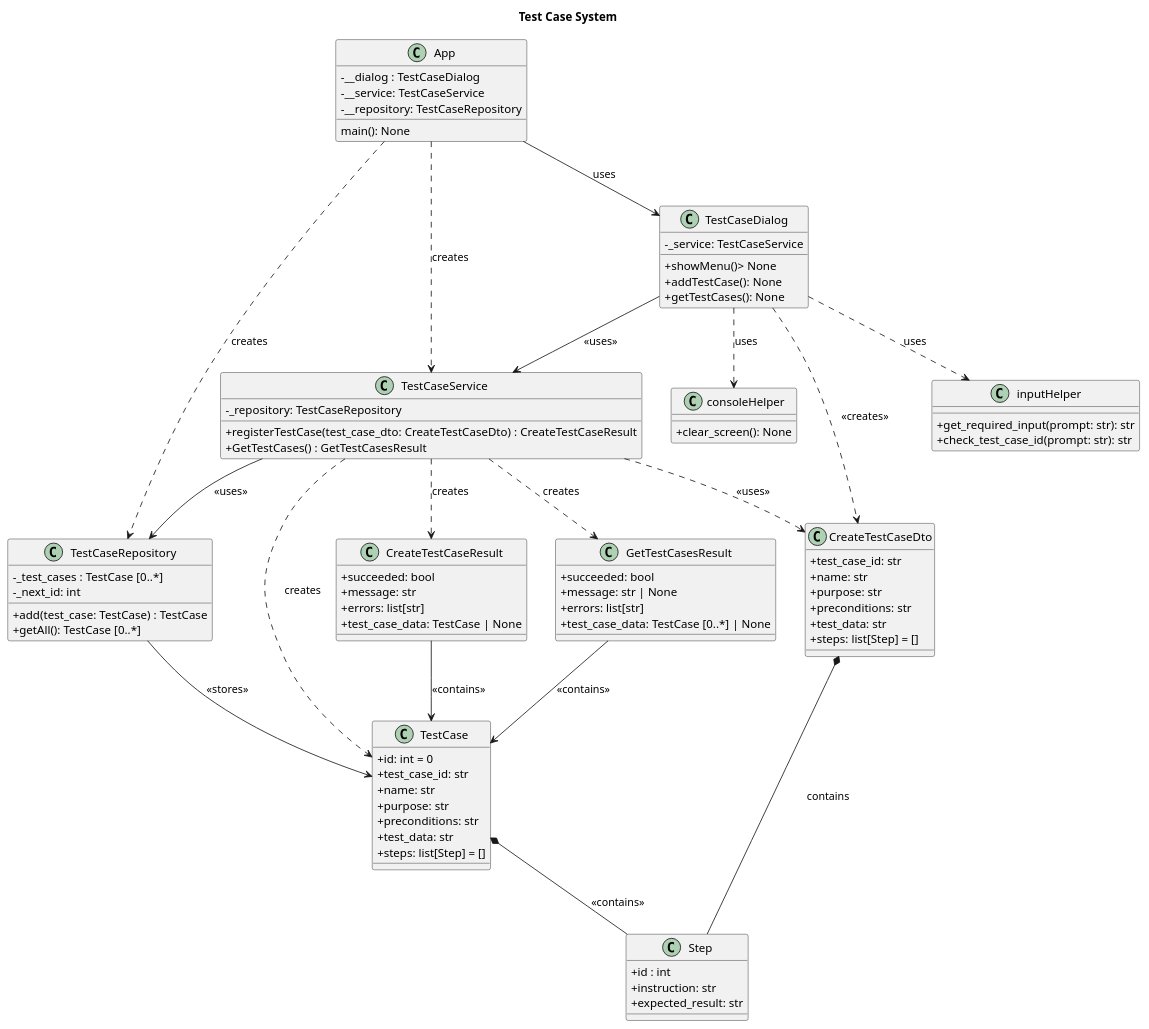
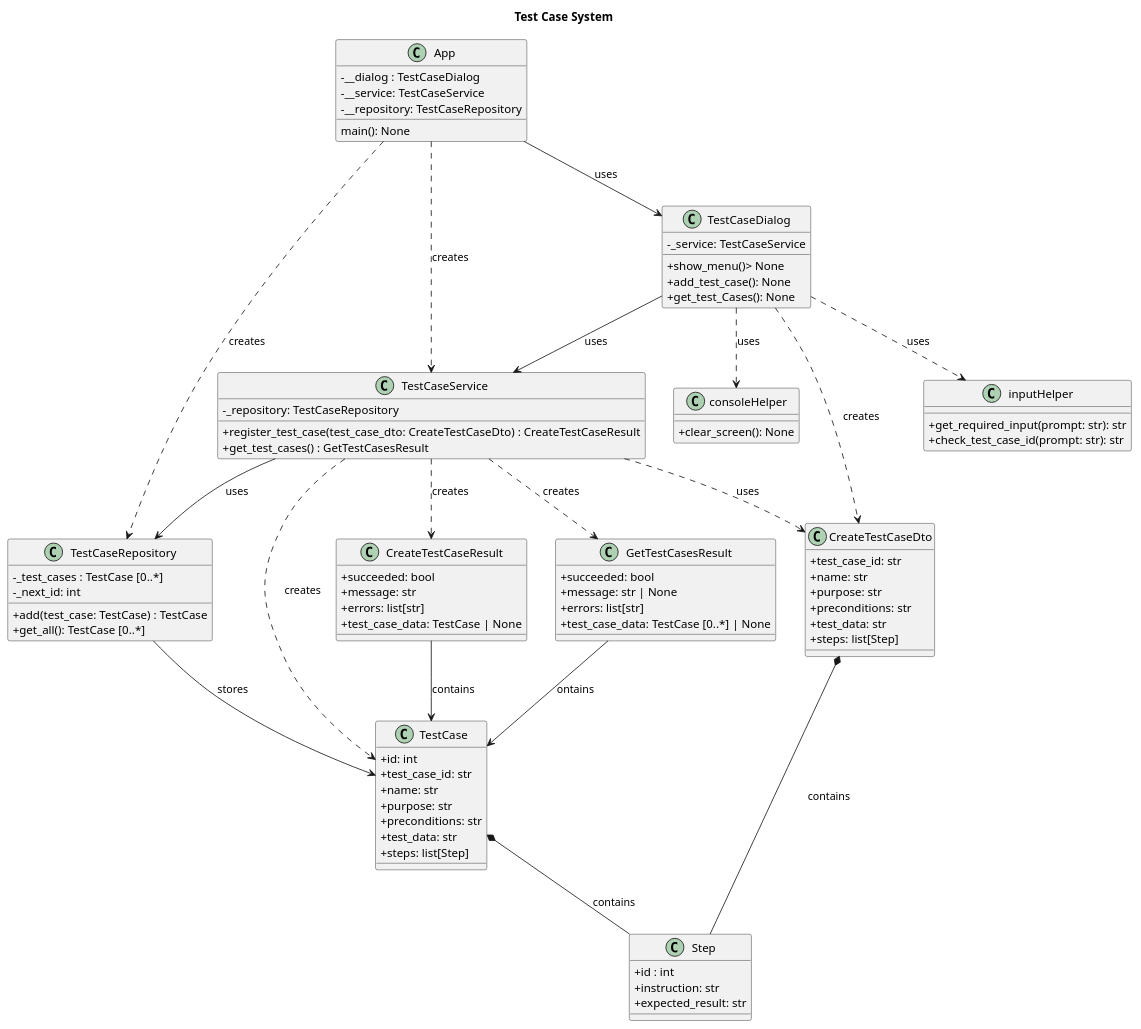
Before and after one commit to elhammmi/assignment1-diagrams: the diagram in class-diagram.puml, drawn with PlantUML. The commit also changed 6 other files, not shown here.

Commit message:
Update the diagrams

```diff
--- a/class-diagram.puml
+++ b/class-diagram.puml
@@ -1,111 +1,113 @@
 @startuml classdiagram
 title Test Case System
 skinparam classAttributeIconSize 0
 
 class TestCase{
-    + id: int = 0
+    + id: int 
     + test_case_id: str
     + name: str
     + purpose: str
     + preconditions: str
     + test_data: str
-    + steps: list[Step] = []
+    + steps: list[Step] 
 }
 
 class Step{
     + id : int
     + instruction: str
     + expected_result: str
 }
 
 class CreateTestCaseDto{
     + test_case_id: str
     + name: str
     + purpose: str
     + preconditions: str
     + test_data: str
-    + steps: list[Step] = []
+    + steps: list[Step] 
 }
 
 class CreateTestCaseResult{
     + succeeded: bool
     + message: str
     + errors: list[str]
     + test_case_data: TestCase | None
 
 }
 
 class GetTestCasesResult{
     + succeeded: bool
     + message: str | None
     + errors: list[str]
     + test_case_data: TestCase [0..*] | None
 
 }
 
 class TestCaseRepository{
     - _test_cases : TestCase [0..*]
     - _next_id: int
     + add(test_case: TestCase) : TestCase
-    + getAll(): TestCase [0..*]
+    + get_all(): TestCase [0..*]
 }
 
 class TestCaseService{
     - _repository: TestCaseRepository
-    + registerTestCase(test_case_dto: CreateTestCaseDto) : CreateTestCaseResult
-    + GetTestCases() : GetTestCasesResult
+    + register_test_case(test_case_dto: CreateTestCaseDto) : CreateTestCaseResult
+    + get_test_cases() : GetTestCasesResult
 
 }
 
 class TestCaseDialog{
     - _service: TestCaseService
-    + showMenu()> None
-    + addTestCase(): None
-    + getTestCases(): None
+    + show_menu()> None
+    + add_test_case(): None
+    + get_test_Cases(): None
 }
 
 class App{
     - __dialog : TestCaseDialog
     - __service: TestCaseService
     - __repository: TestCaseRepository
     main(): None
 }
 
 class inputHelper {
-        +get_required_input(prompt: str): str
-        +check_test_case_id(prompt: str): str
+
+    +get_required_input(prompt: str): str
+    +check_test_case_id(prompt: str): str
 }
 
 class consoleHelper{
-        +clear_screen(): None
+    
+    +clear_screen(): None
 }
 
-TestCase *-- Step : <<contains>>
+TestCase *-- Step : contains
 CreateTestCaseDto  *-- Step : contains
 
-CreateTestCaseResult  --> TestCase : <<contains>>
-GetTestCasesResult --> TestCase : <<contains>>
+CreateTestCaseResult  --> TestCase : contains
+GetTestCasesResult --> TestCase : ontains
 
 
-TestCaseDialog ..> CreateTestCaseDto  : <<creates>>
-TestCaseDialog --> TestCaseService : <<uses>>
+TestCaseDialog ..> CreateTestCaseDto  : creates
+TestCaseDialog --> TestCaseService : uses
 TestCaseDialog ..> inputHelper: uses
 TestCaseDialog ..> consoleHelper : uses
 
-TestCaseService --> TestCaseRepository : <<uses>>
+TestCaseService --> TestCaseRepository : uses
 TestCaseService ..> CreateTestCaseResult : creates
 TestCaseService ..> GetTestCasesResult : creates
-TestCaseService ..> CreateTestCaseDto  : <<uses>>
+TestCaseService ..> CreateTestCaseDto  : uses
 TestCaseService ..> TestCase : creates
 
-TestCaseRepository --> TestCase : <<stores>>
+TestCaseRepository --> TestCase : stores
 
 App --> TestCaseDialog : uses
 App ..> TestCaseService : creates
 App ..> TestCaseRepository : creates
 
 
 
 
 
 @enduml
```
